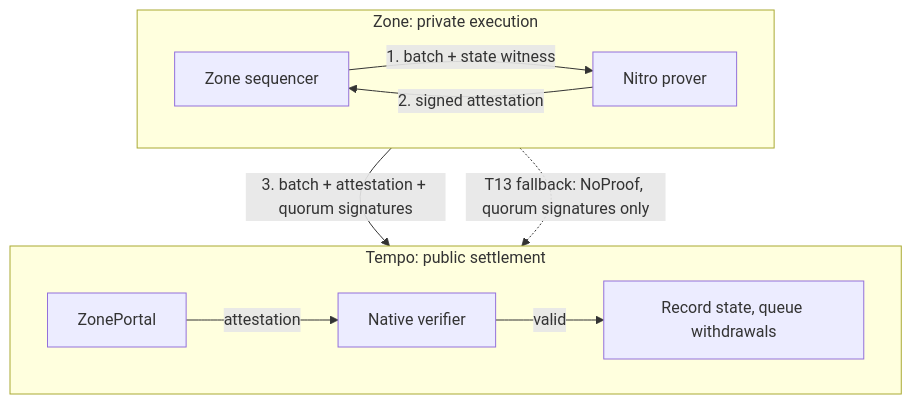
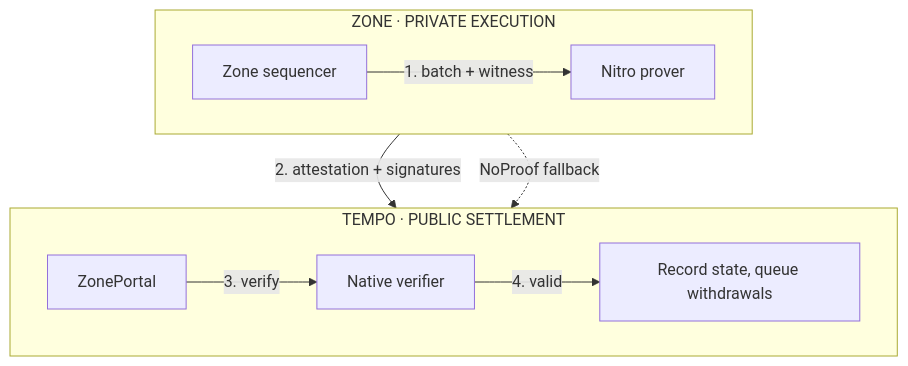
The diagram in src/diagrams/t13/prover.mmd (tempoxyz/docs), drawn with Mermaid before and after one commit. The commit also changed 7 other files, not shown here.

Commit message:
docs: simplify T13 diagrams and add label pills

```diff
--- a/src/diagrams/t13/prover.mmd
+++ b/src/diagrams/t13/prover.mmd
@@ -1,13 +1,11 @@
 flowchart TB
-  subgraph zone[Zone: private execution]
+  subgraph zone[ZONE · PRIVATE EXECUTION]
     direction LR
-    seq[Zone sequencer]:::zone -- 1. batch + state witness --> prover[Nitro prover]:::zone
-    prover -- 2. signed attestation --> seq
+    seq[Zone sequencer]:::zone -- 1. batch + witness --> prover[Nitro prover]:::zone
   end
-  subgraph tempo[Tempo: public settlement]
+  subgraph tempo[TEMPO · PUBLIC SETTLEMENT]
     direction LR
-    portal[ZonePortal]:::portal -- attestation --> verifier[Native verifier]
-    verifier -- valid --> settle[Record state, queue withdrawals]
+    portal[ZonePortal]:::portal -- 3. verify --> verifier[Native verifier] -- 4. valid --> settle[Record state, queue withdrawals]
   end
-  seq -- 3. batch + attestation + quorum signatures --> portal
-  seq -. T13 fallback: NoProof, quorum signatures only .-> portal
+  prover -- 2. attestation + signatures --> portal
+  seq -. NoProof fallback .-> portal
```
